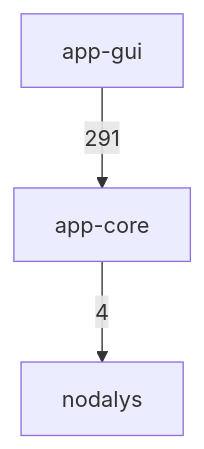
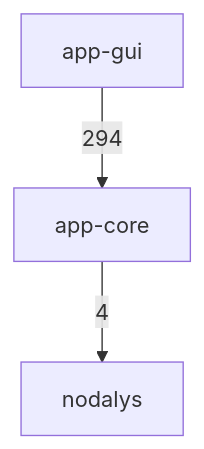
The first of 3 diagrams in docs/architecture.md (ronnymilleo/imcsim), drawn with Mermaid before and after one commit.

Commit message:
Update the include diagram for the split part-field modules

````diff
--- a/docs/architecture.md
+++ b/docs/architecture.md
@@ -22,8 +22,8 @@
 ```mermaid
 flowchart TD
     app_gui[app-gui]
     app_core[app-core]
     nodalys[nodalys]
     app_core -->|4| nodalys
-    app_gui -->|291| app_core
+    app_gui -->|294| app_core
 ```
````
